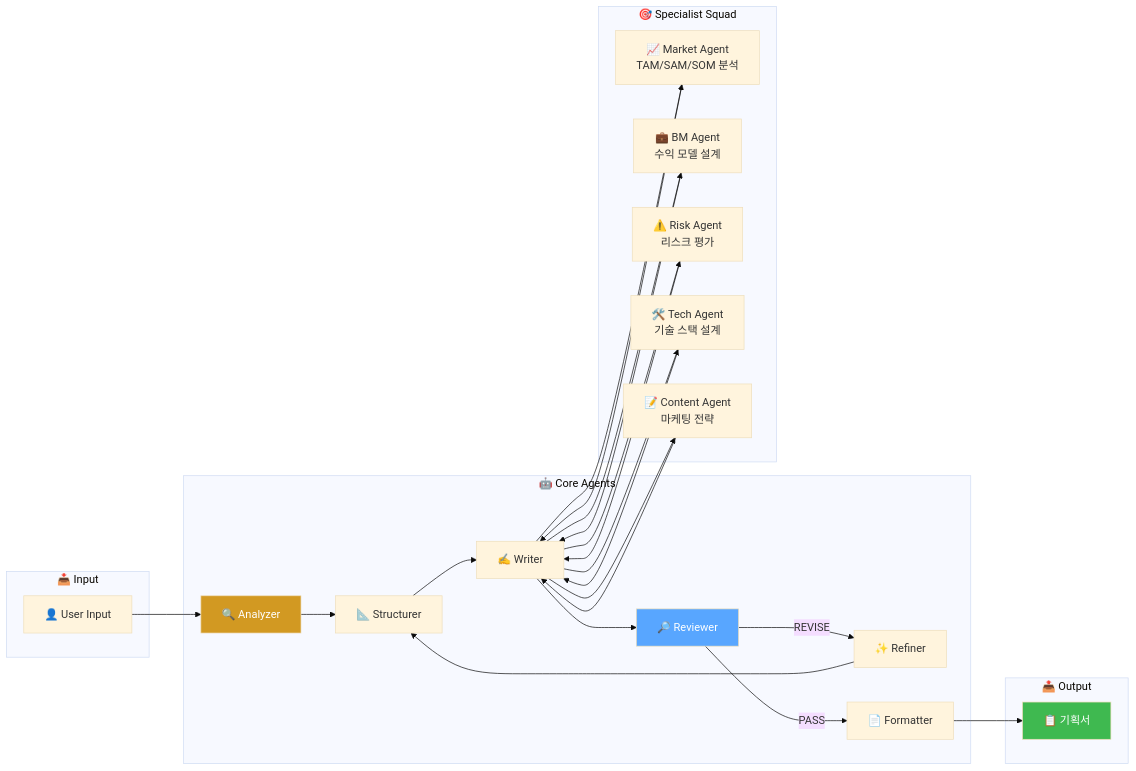
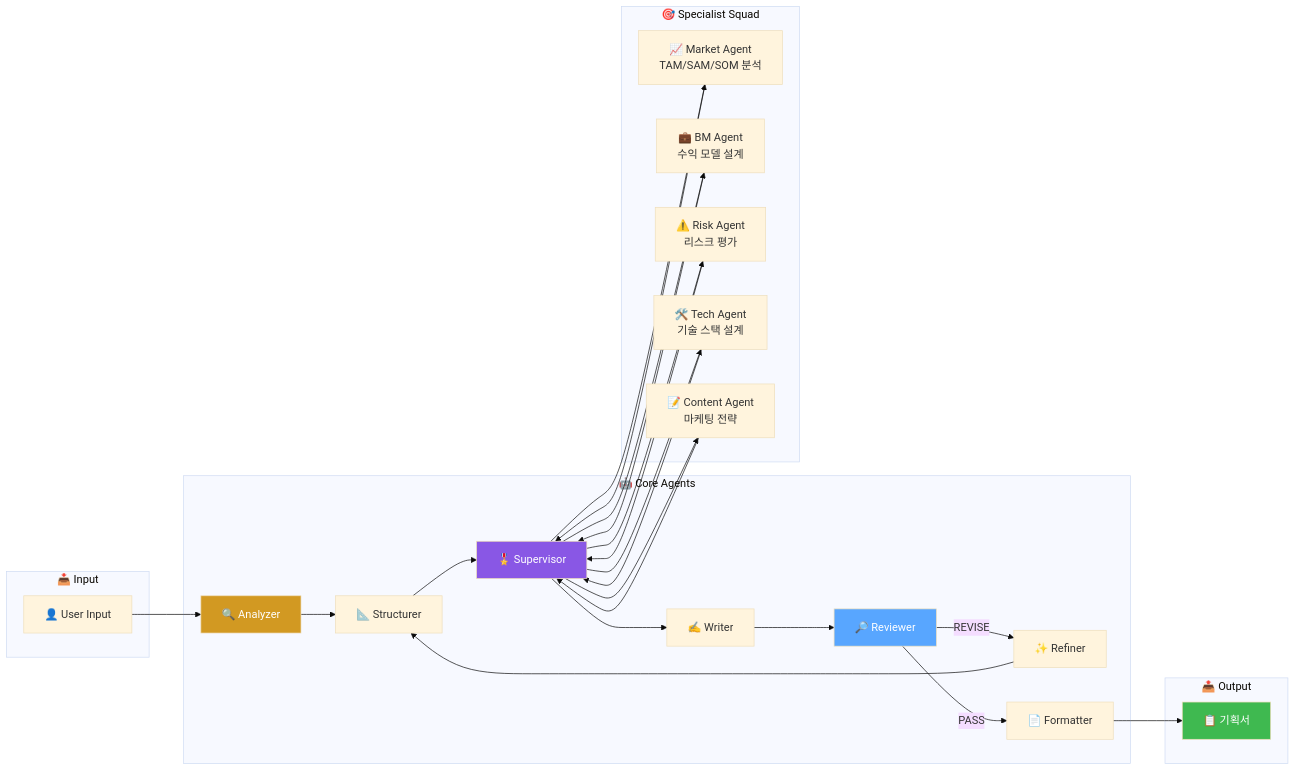
Before and after one commit to skyasu2/multi-agent-python: the third of 9 diagrams in docs/MULTI_AGENT_DIAGRAM.md, drawn with Mermaid. The commit also changed other lines of this file and 2 other files, not shown here.

Commit message:
docs: Update diagrams and improve chat response prompt
- CLAUDE.md: Update workflow diagram to reflect run_specialists node
- MULTI_AGENT_DIAGRAM.md: Add Supervisor as independent node in diagrams
- utility_nodes.py: Add web search result utilization instructions to system prompt

````diff
--- a/docs/MULTI_AGENT_DIAGRAM.md
+++ b/docs/MULTI_AGENT_DIAGRAM.md
@@ -120,44 +121,47 @@
 ```mermaid
 %%{init: {'theme': 'base'}}%%
 
 graph LR
     subgraph INPUT["📥 Input"]
         USER[👤 User Input]
     end
     
     subgraph CORE_AGENTS["🤖 Core Agents"]
         A1[🔍 Analyzer]
         A2[📐 Structurer]
+        SUP[🎖️ Supervisor]
         A3[✍️ Writer]
         A4[🔎 Reviewer]
         A5[✨ Refiner]
         A6[📄 Formatter]
     end
-    
+
     subgraph SPECIALISTS["🎯 Specialist Squad"]
         S1[📈 Market Agent<br/>TAM/SAM/SOM 분석]
         S2[💼 BM Agent<br/>수익 모델 설계]
         S3[⚠️ Risk Agent<br/>리스크 평가]
         S4[🛠️ Tech Agent<br/>기술 스택 설계]
         S5[📝 Content Agent<br/>마케팅 전략]
     end
-    
+
     subgraph OUTPUT["📤 Output"]
         PLAN[📋 기획서]
     end
-    
+
     USER --> A1
     A1 --> A2
-    A2 --> A3
-    A3 --> S1 & S2 & S3 & S4 & S5
-    S1 & S2 & S3 & S4 & S5 --> A3
+    A2 --> SUP
+    SUP --> S1 & S2 & S3 & S4 & S5
+    S1 & S2 & S3 & S4 & S5 --> SUP
+    SUP --> A3
     A3 --> A4
     A4 -->|REVISE| A5
     A5 --> A2
     A4 -->|PASS| A6
     A6 --> PLAN
-    
+
     style A1 fill:#d29922,color:#fff
+    style SUP fill:#8957e5,color:#fff
     style A4 fill:#58a6ff,color:#fff
     style PLAN fill:#3fb950,color:#fff
 ```
````
